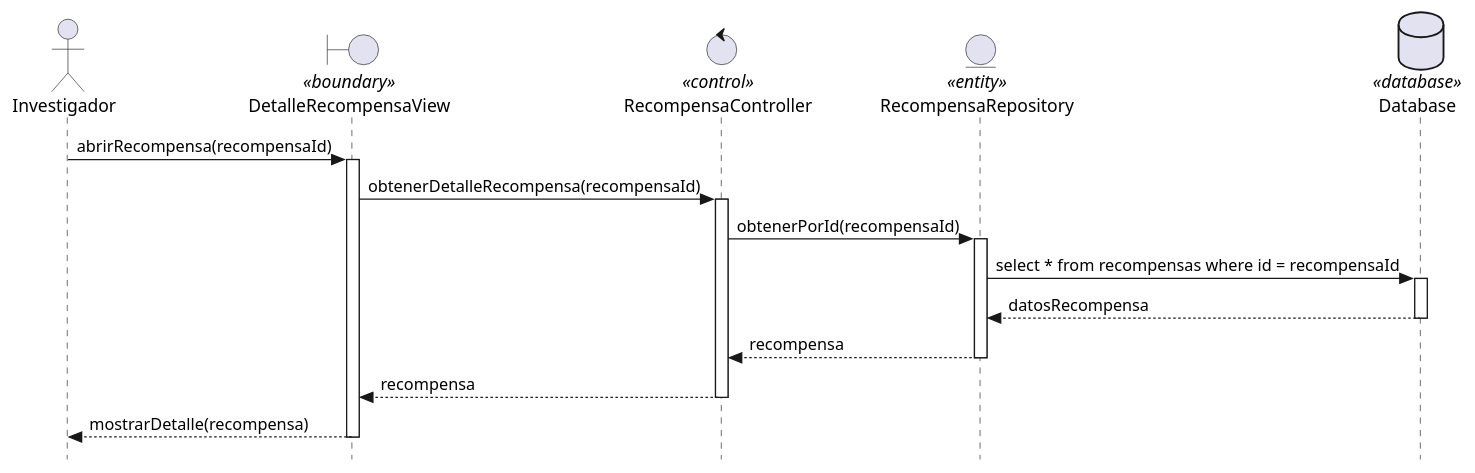
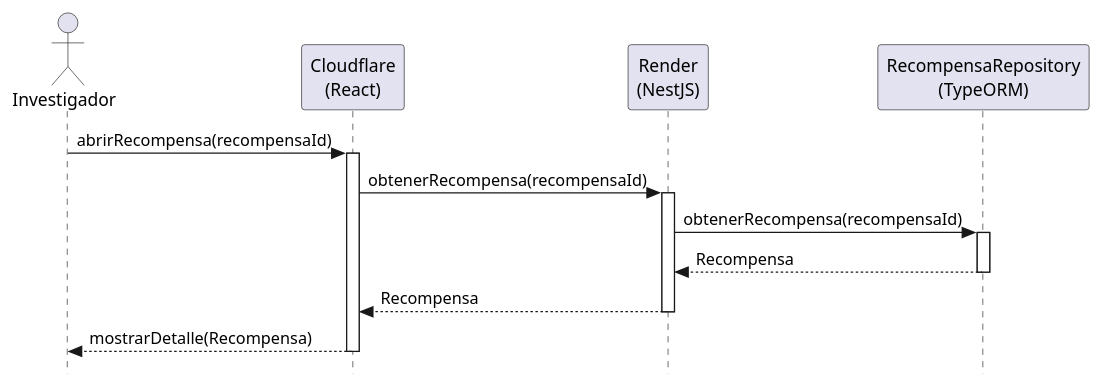
Before and after one commit to manuelmunoz8/25-26-idsw2-sdVC: the diagram in modelosUML/diseño/casosDeUsos/abrirRecompensa/abrirRecompensa.puml, drawn with PlantUML. The commit also changed 37 other files, not shown here.

Commit message:
fix: flujo y entidades de diagramas

```diff
--- a/modelosUML/diseño/casosDeUsos/abrirRecompensa/abrirRecompensa.puml
+++ b/modelosUML/diseño/casosDeUsos/abrirRecompensa/abrirRecompensa.puml
@@ -1,25 +1,28 @@
-@startuml
+@startuml abrirRecompensa
 skinparam style strictuml
+skinparam backgroundColor white
+skinparam shadowing false
+
 actor Investigador
-boundary DetalleRecompensaView <<boundary>>
-control RecompensaController <<control>>
-entity RecompensaRepository <<entity>>
-database Database <<database>>
+participant "Cloudflare\n(React)" as View
+participant "Render\n(NestJS)" as Controller
+participant "RecompensaRepository\n(TypeORM)" as Repository
 
-Investigador -> DetalleRecompensaView : abrirRecompensa(recompensaId)
-activate DetalleRecompensaView
-DetalleRecompensaView -> RecompensaController : obtenerDetalleRecompensa(recompensaId)
-activate RecompensaController
-RecompensaController -> RecompensaRepository : obtenerPorId(recompensaId)
-activate RecompensaRepository
-RecompensaRepository -> Database : select * from recompensas where id = recompensaId
-activate Database
-Database --> RecompensaRepository : datosRecompensa
-deactivate Database
-RecompensaRepository --> RecompensaController : recompensa
-deactivate RecompensaRepository
-RecompensaController --> DetalleRecompensaView : recompensa
-deactivate RecompensaController
-DetalleRecompensaView --> Investigador : mostrarDetalle(recompensa)
-deactivate DetalleRecompensaView
+Investigador -> View : abrirRecompensa(recompensaId)
+activate View
+
+View -> Controller : obtenerRecompensa(recompensaId)
+activate Controller
+
+Controller -> Repository : obtenerRecompensa(recompensaId)
+activate Repository
+
+Repository --> Controller : Recompensa
+deactivate Repository
+
+Controller --> View : Recompensa
+deactivate Controller
+
+View --> Investigador : mostrarDetalle(Recompensa)
+deactivate View
 @enduml
```
